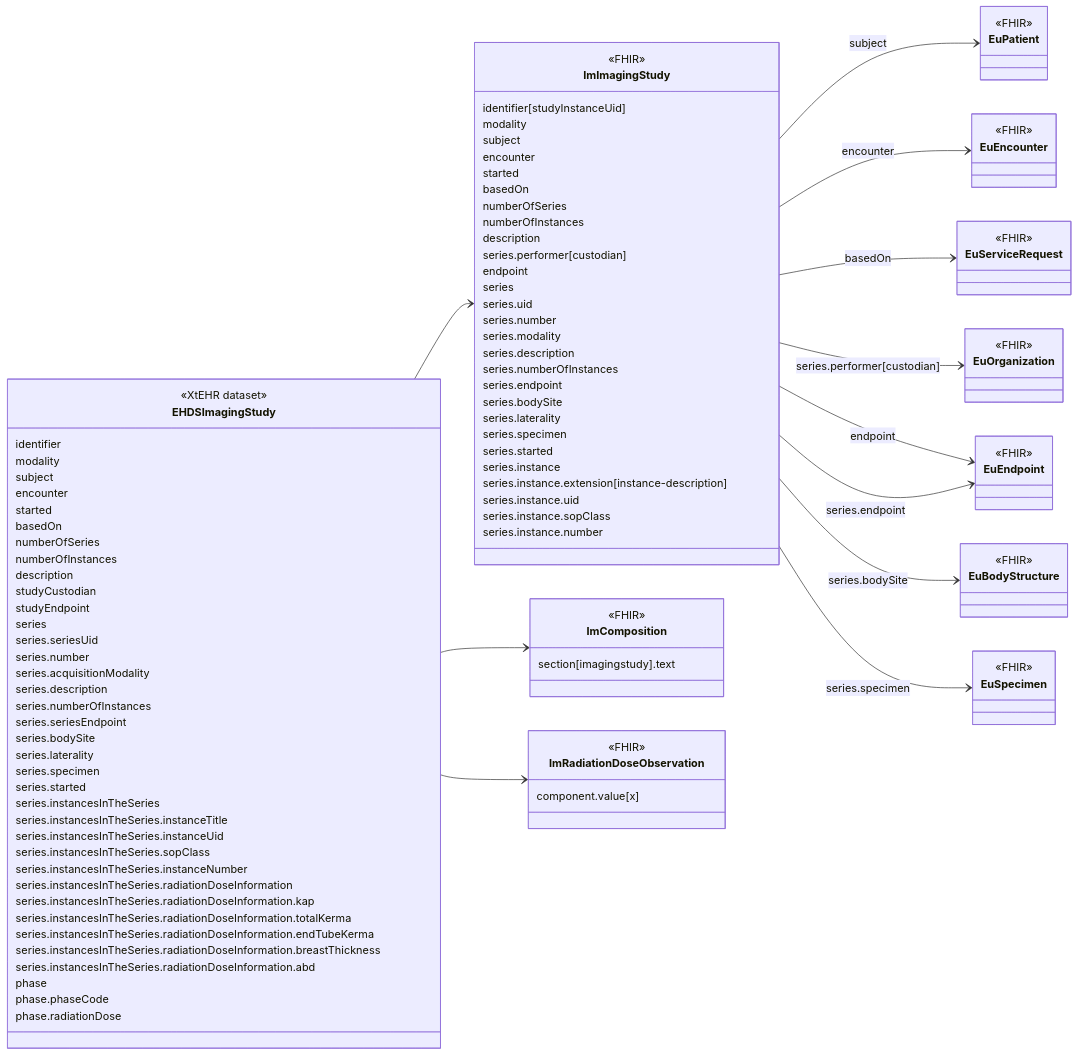
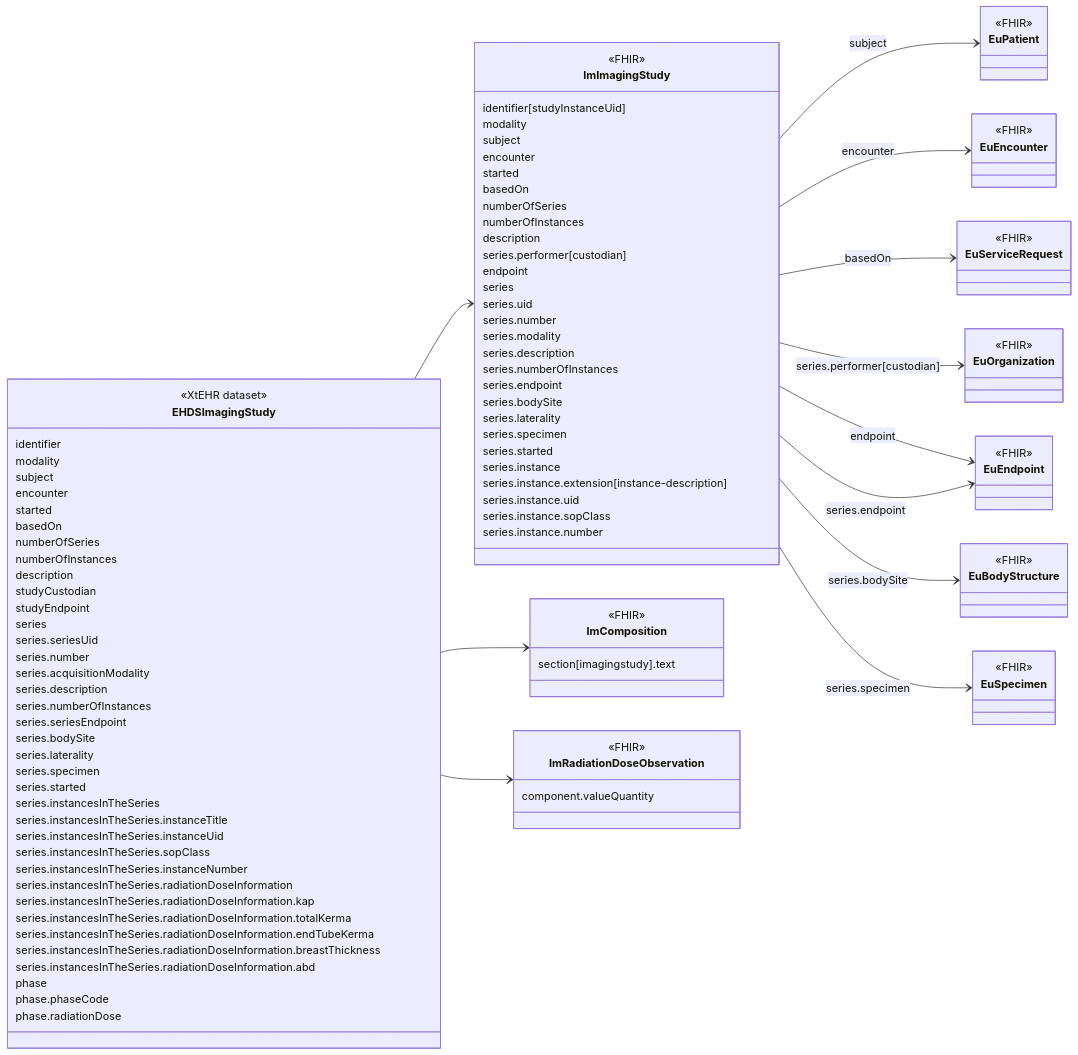
The diagram in input/intro-notes/ConceptMap-EHDSImagingStudyMap-intro.md (oijauregui/ehdsimaging), drawn with Mermaid before and after one commit. The commit also changed 16 other files, not shown here.

```diff
--- a/input/intro-notes/ConceptMap-EHDSImagingStudyMap-intro.md
+++ b/input/intro-notes/ConceptMap-EHDSImagingStudyMap-intro.md
@@ -83,7 +83,7 @@
 
 class ImRadiationDoseObservation{
   <<FHIR>>
-  component.value[x]
+  component.valueQuantity
 }
 
 class EuPatient {
```
